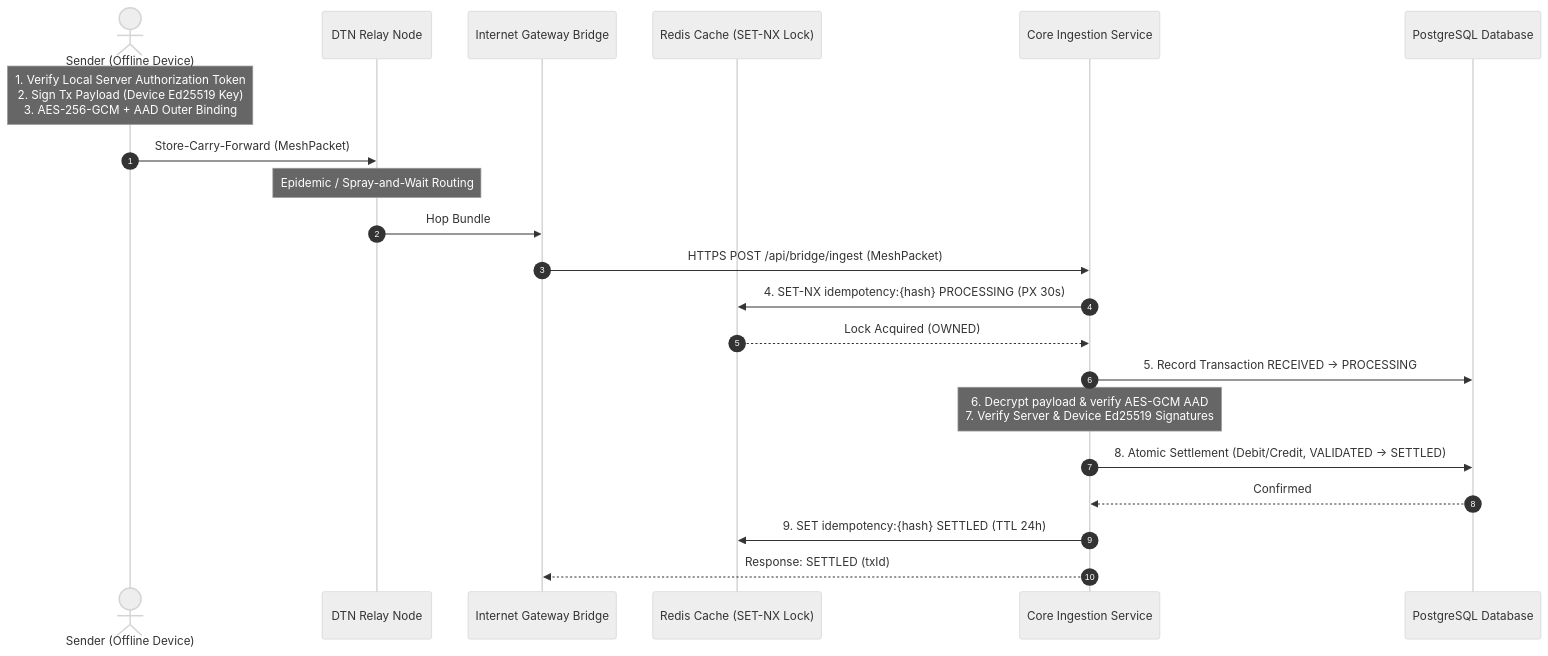
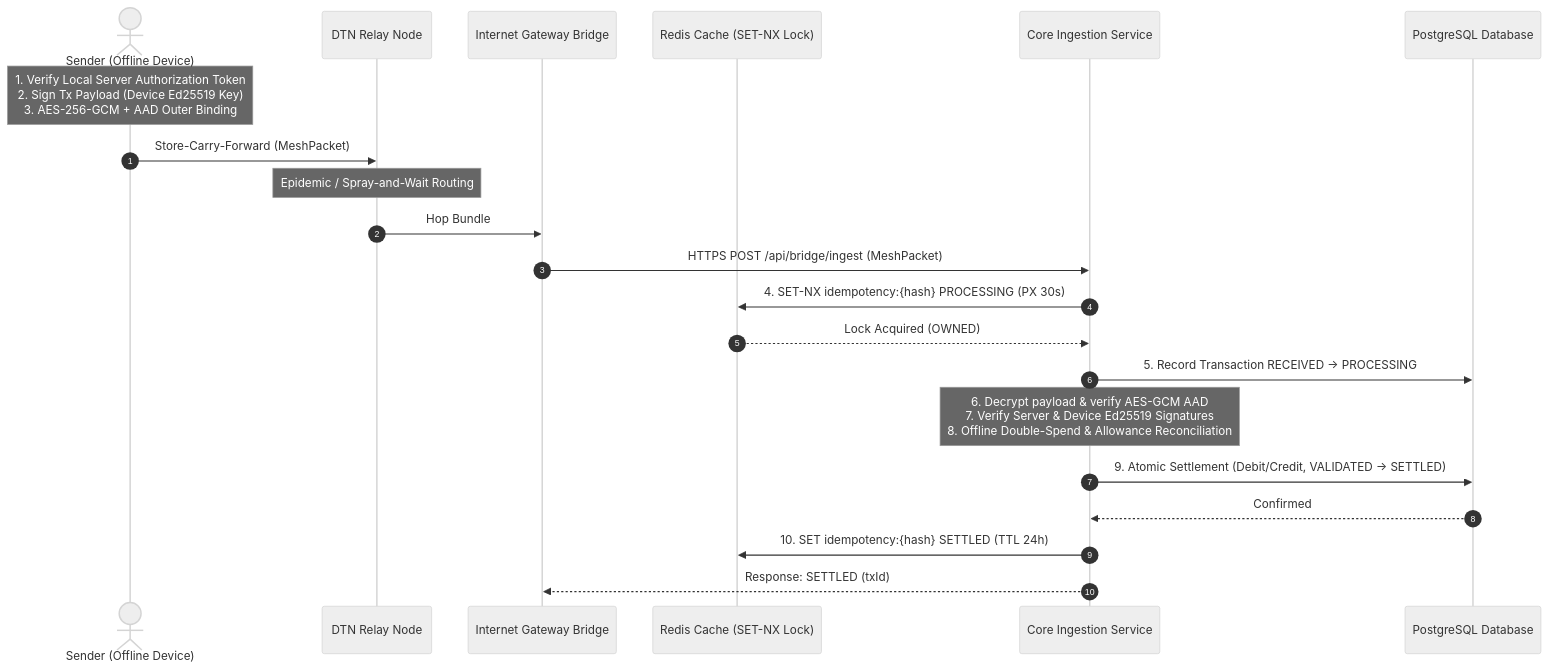
One commit to abhishekkp00/offline-payment-mesh changed the diagram in README.md. Above: the diagram before and after it, drawn with Mermaid (neutral theme). The commit also changed other lines of this file and 9 other files, not shown here.

````diff
--- a/README.md
+++ b/README.md
@@ -9,24 +9,24 @@
 ```mermaid
 sequenceDiagram
     autonumber
     actor Sender as Sender (Offline Device)
     participant Relay as DTN Relay Node
     participant Bridge as Internet Gateway Bridge
     participant Redis as Redis Cache (SET-NX Lock)
     participant Core as Core Ingestion Service
     participant DB as PostgreSQL Database
 
     Note over Sender: 1. Verify Local Server Authorization Token<br/>2. Sign Tx Payload (Device Ed25519 Key)<br/>3. AES-256-GCM + AAD Outer Binding
     Sender->>Relay: Store-Carry-Forward (MeshPacket)
     Note over Relay: Epidemic / Spray-and-Wait Routing
     Relay->>Bridge: Hop Bundle
     Bridge->>Core: HTTPS POST /api/bridge/ingest (MeshPacket)
     Core->>Redis: 4. SET-NX idempotency:{hash} PROCESSING (PX 30s)
     Redis-->>Core: Lock Acquired (OWNED)
     Core->>DB: 5. Record Transaction RECEIVED -> PROCESSING
-    Note over Core: 6. Decrypt payload & verify AES-GCM AAD<br/>7. Verify Server & Device Ed25519 Signatures
-    Core->>DB: 8. Atomic Settlement (Debit/Credit, VALIDATED -> SETTLED)
+    Note over Core: 6. Decrypt payload & verify AES-GCM AAD<br/>7. Verify Server & Device Ed25519 Signatures<br/>8. Offline Double-Spend & Allowance Reconciliation
+    Core->>DB: 9. Atomic Settlement (Debit/Credit, VALIDATED -> SETTLED)
     DB-->>Core: Confirmed
-    Core->>Redis: 9. SET idempotency:{hash} SETTLED (TTL 24h)
+    Core->>Redis: 10. SET idempotency:{hash} SETTLED (TTL 24h)
     Core-->>Bridge: Response: SETTLED (txId)
 ```
````
